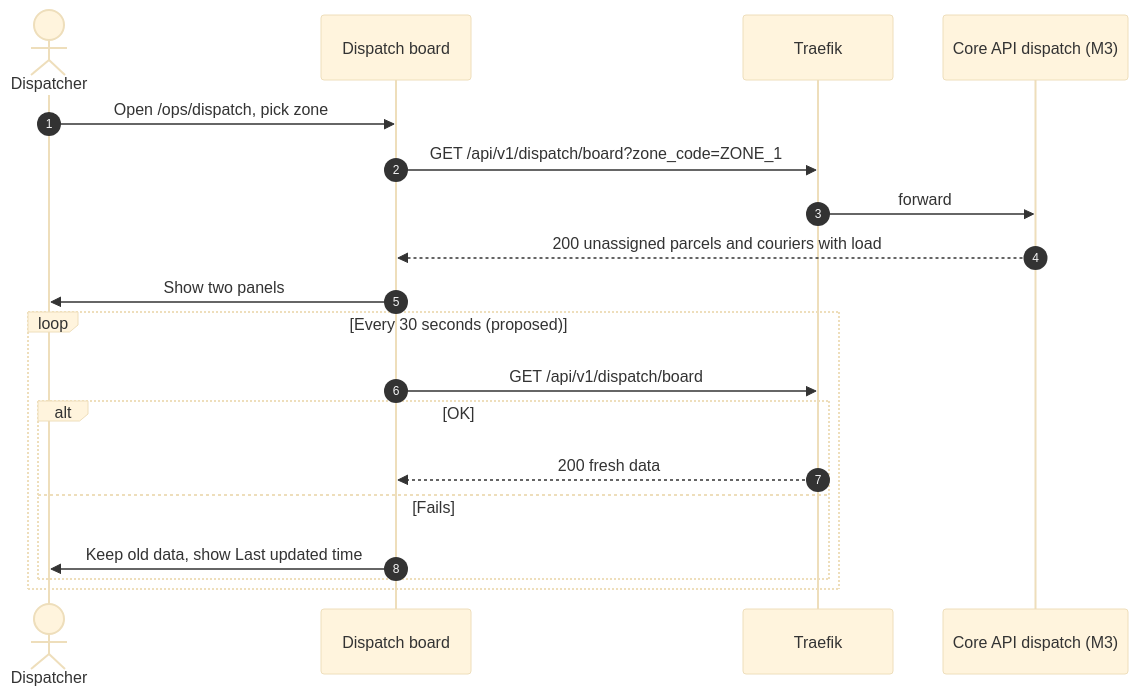
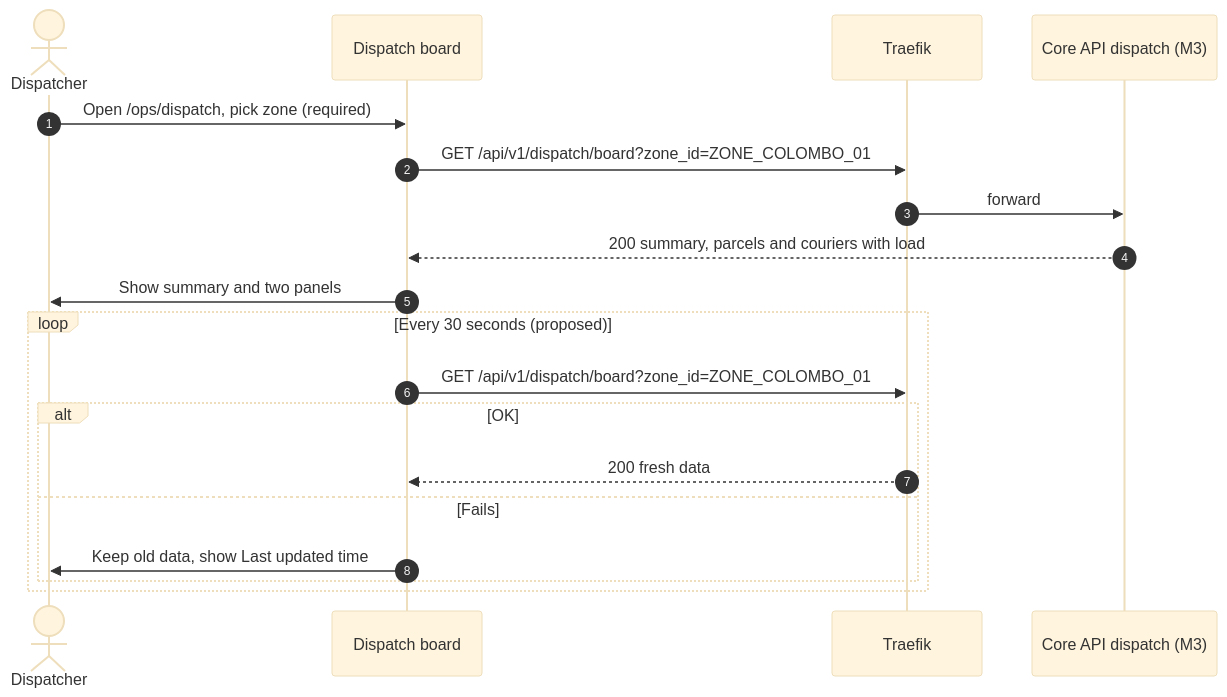
Before and after one commit to phantomTroupeEAD/SwiftDrop: diagram 16 of 55 in docs/drafts/member-07-dispatcher-admin-web-gateway/doc-02-functional-flows-and-business-rules.md, drawn with Mermaid (base theme). The commit also changed other lines of this file and 125 other files, not shown here.

````diff
--- a/docs/drafts/member-07-dispatcher-admin-web-gateway/doc-02-functional-flows-and-business-rules.md
+++ b/docs/drafts/member-07-dispatcher-admin-web-gateway/doc-02-functional-flows-and-business-rules.md
@@ -498,21 +490,21 @@
 ```mermaid
 sequenceDiagram
     autonumber
     actor D as Dispatcher
     participant UI as Dispatch board
     participant GW as Traefik
     participant DSP as Core API dispatch (M3)
-    D->>UI: Open /ops/dispatch, pick zone
-    UI->>GW: GET /api/v1/dispatch/board?zone_code=ZONE_1
+    D->>UI: Open /ops/dispatch, pick zone (required)
+    UI->>GW: GET /api/v1/dispatch/board?zone_id=ZONE_COLOMBO_01
     GW->>DSP: forward
-    DSP-->>UI: 200 unassigned parcels and couriers with load
-    UI->>D: Show two panels
+    DSP-->>UI: 200 summary, parcels and couriers with load
+    UI->>D: Show summary and two panels
     loop Every 30 seconds (proposed)
-        UI->>GW: GET /api/v1/dispatch/board
+        UI->>GW: GET /api/v1/dispatch/board?zone_id=ZONE_COLOMBO_01
         alt OK
             GW-->>UI: 200 fresh data
         else Fails
             UI->>D: Keep old data, show Last updated time
         end
     end
 ```
````
